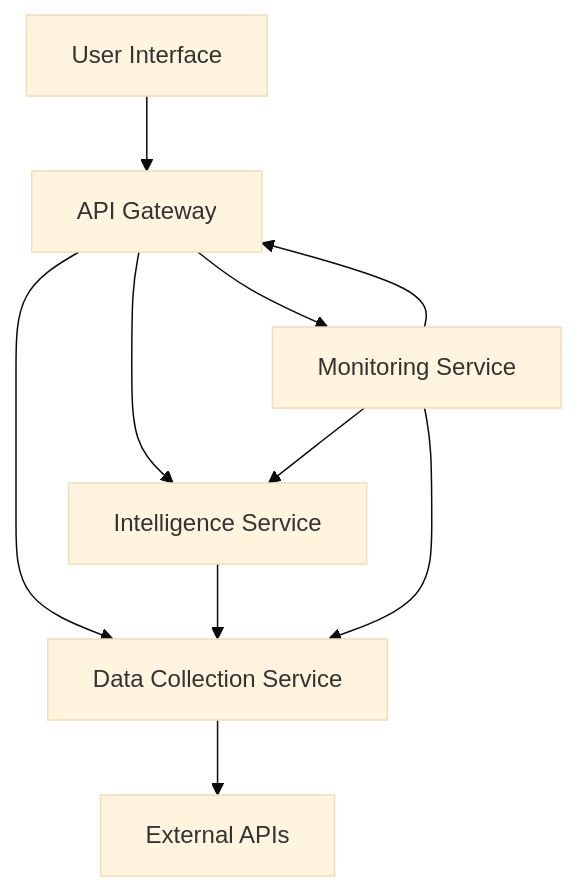
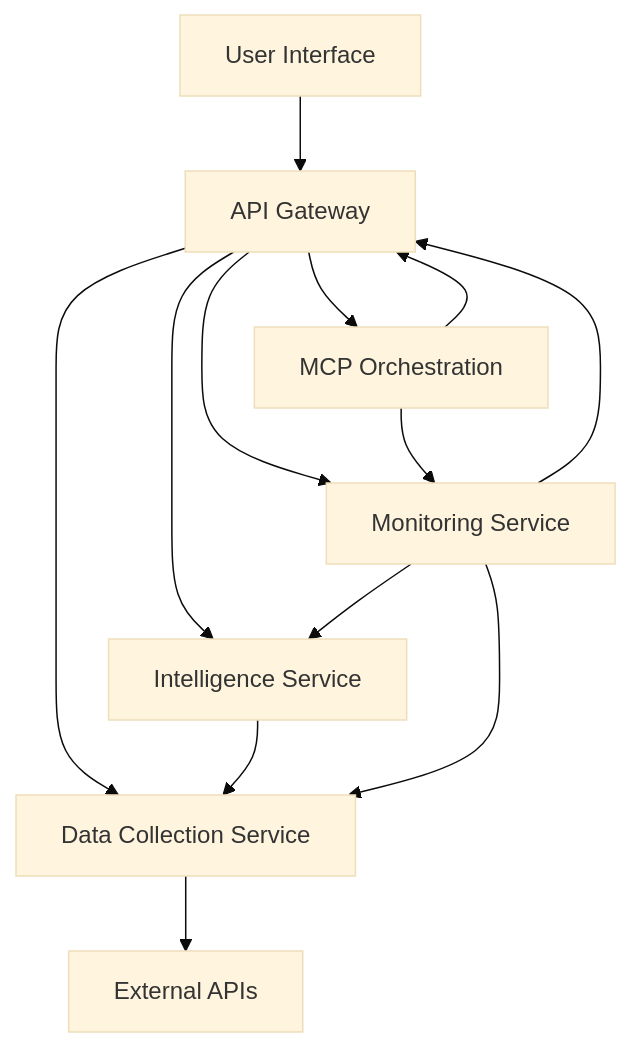
The diagram in README.md (trooths2002/africa-usa-trade-intelligence), drawn with Mermaid (base theme) before and after one commit. The commit also changed other lines of this file and 5 other files, not shown here.

````diff
--- a/README.md
+++ b/README.md
@@ -110,12 +119,15 @@
 ```mermaid
 graph TB
     A[User Interface] --> B[API Gateway]
     B --> C[Data Collection Service]
     B --> D[Intelligence Service]
     B --> E[Monitoring Service]
-    C --> F[External APIs]
+    B --> F[MCP Orchestration]
+    C --> G[External APIs]
     D --> C
     E --> B
     E --> C
     E --> D
+    F --> B
+    F --> E
 ```
````
